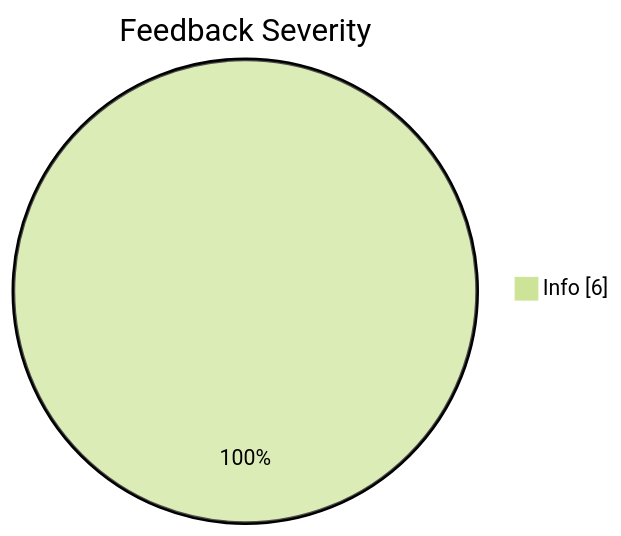
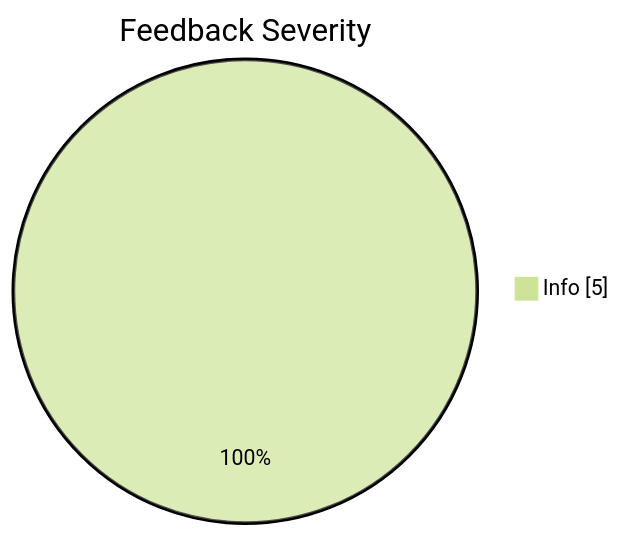
The fifth of 6 diagrams in README.md (JakubPawinski/gitcode-solutions), drawn with Mermaid (forest theme) before and after one commit. The commit also changed other lines of this file, not shown here.

````diff
--- a/README.md
+++ b/README.md
@@ -172,5 +174,5 @@
 ```mermaid
 pie showData
     title Feedback Severity
-    "Info" : 6
+    "Info" : 5
 ```
````
